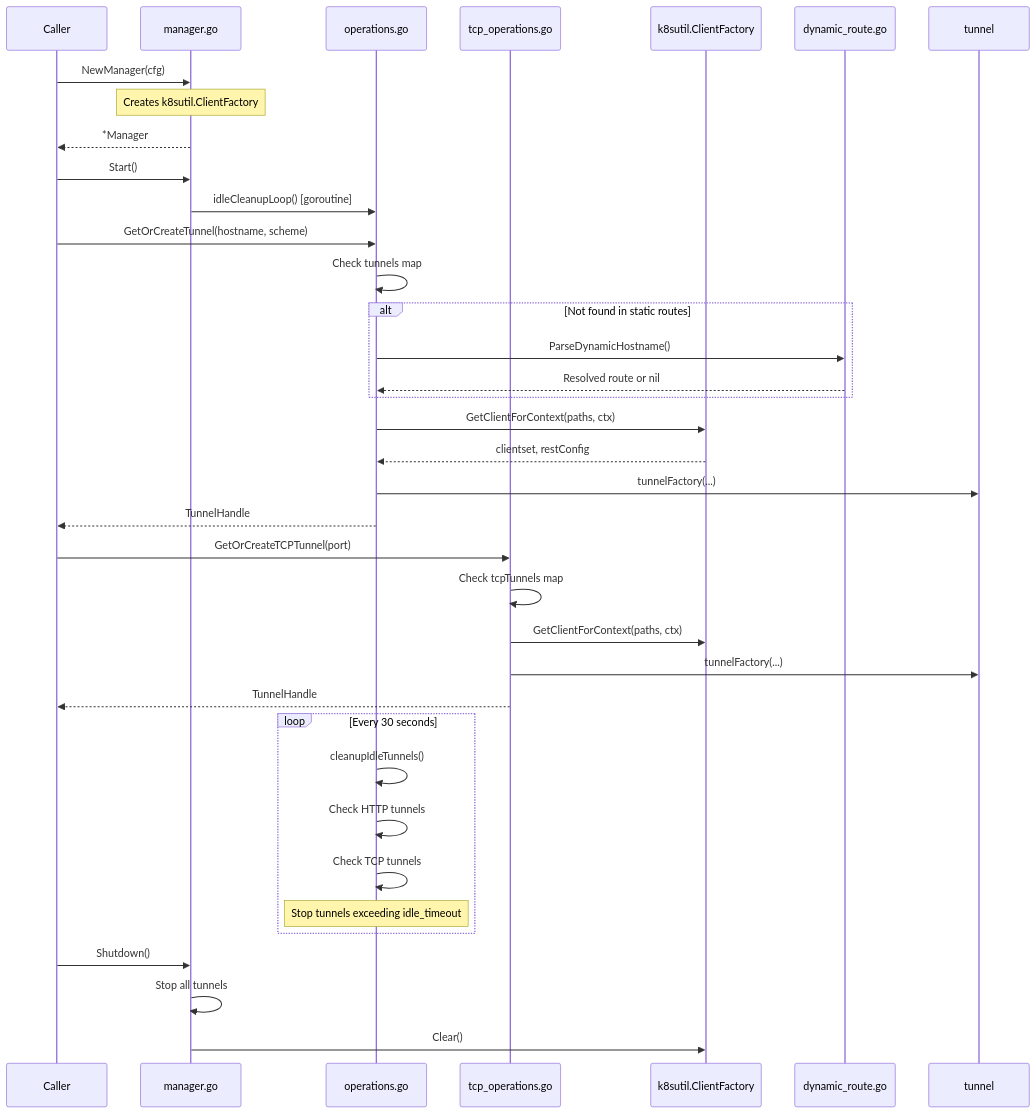
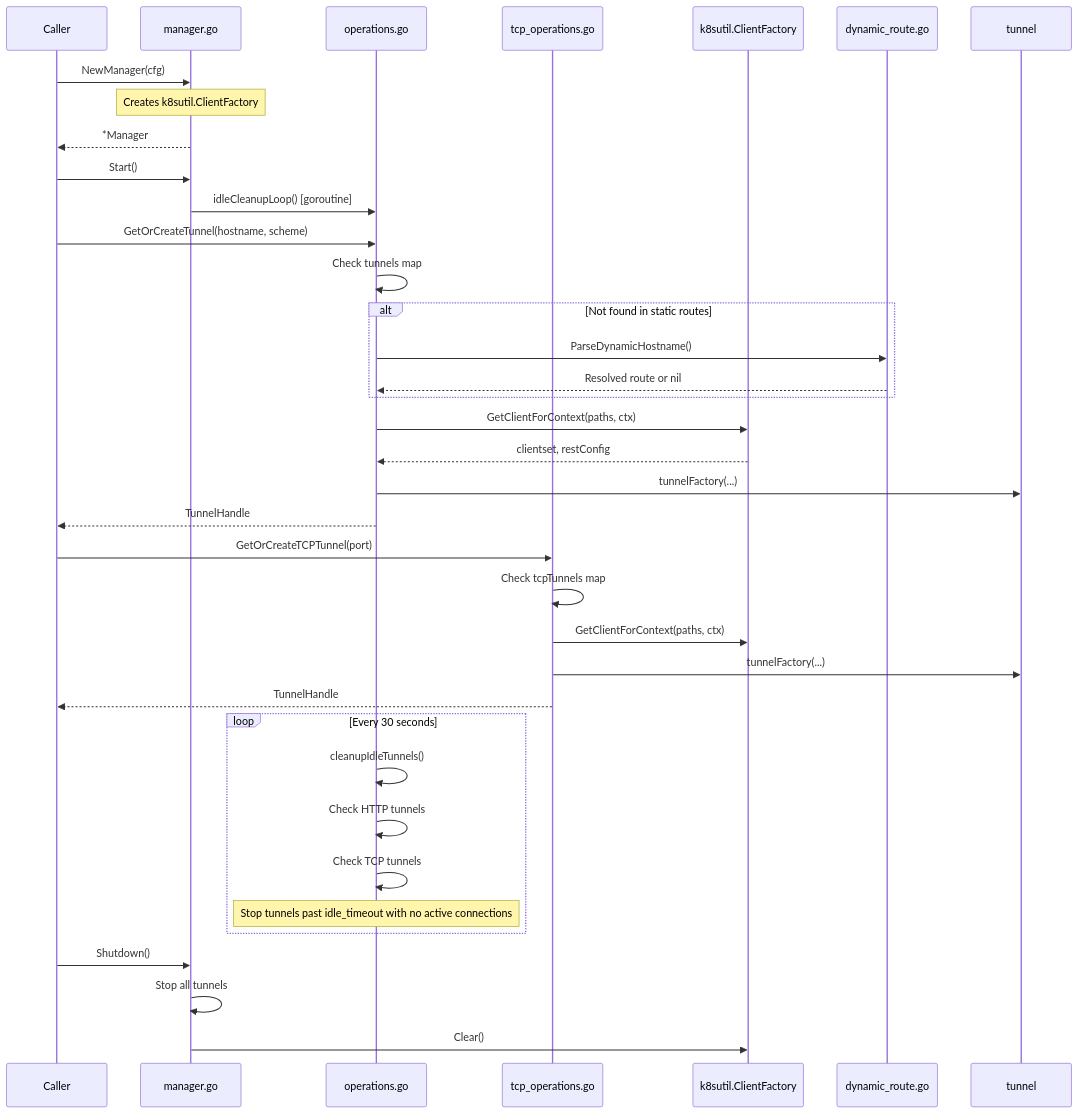
The ninth of 11 diagrams in internal/README.md (atas/autotunnel), drawn with Mermaid before and after one commit. The commit also changed other lines of this file and 18 other files, not shown here.

Commit message:
Fix tunnel lifecycle races, idle cleanup of busy tunnels and client caching (#39)

````diff
--- a/internal/README.md
+++ b/internal/README.md
@@ -366,45 +366,45 @@
 ```mermaid
 sequenceDiagram
     participant caller as Caller
     participant mgr as manager.go
     participant ops as operations.go
     participant tcp_ops as tcp_operations.go
     participant cf as k8sutil.ClientFactory
     participant dyn as dynamic_route.go
     participant tun as tunnel
 
     caller->>mgr: NewManager(cfg)
     Note over mgr: Creates k8sutil.ClientFactory
     mgr-->>caller: *Manager
 
     caller->>mgr: Start()
     mgr->>ops: idleCleanupLoop() [goroutine]
 
     caller->>ops: GetOrCreateTunnel(hostname, scheme)
     ops->>ops: Check tunnels map
     alt Not found in static routes
         ops->>dyn: ParseDynamicHostname()
         dyn-->>ops: Resolved route or nil
     end
     ops->>cf: GetClientForContext(paths, ctx)
     cf-->>ops: clientset, restConfig
     ops->>tun: tunnelFactory(...)
     ops-->>caller: TunnelHandle
 
     caller->>tcp_ops: GetOrCreateTCPTunnel(port)
     tcp_ops->>tcp_ops: Check tcpTunnels map
     tcp_ops->>cf: GetClientForContext(paths, ctx)
     tcp_ops->>tun: tunnelFactory(...)
     tcp_ops-->>caller: TunnelHandle
 
     loop Every 30 seconds
         ops->>ops: cleanupIdleTunnels()
         ops->>ops: Check HTTP tunnels
         ops->>ops: Check TCP tunnels
-        Note over ops: Stop tunnels exceeding idle_timeout
+        Note over ops: Stop tunnels past idle_timeout with no active connections
     end
 
     caller->>mgr: Shutdown()
     mgr->>mgr: Stop all tunnels
     mgr->>cf: Clear()
 ```
````
